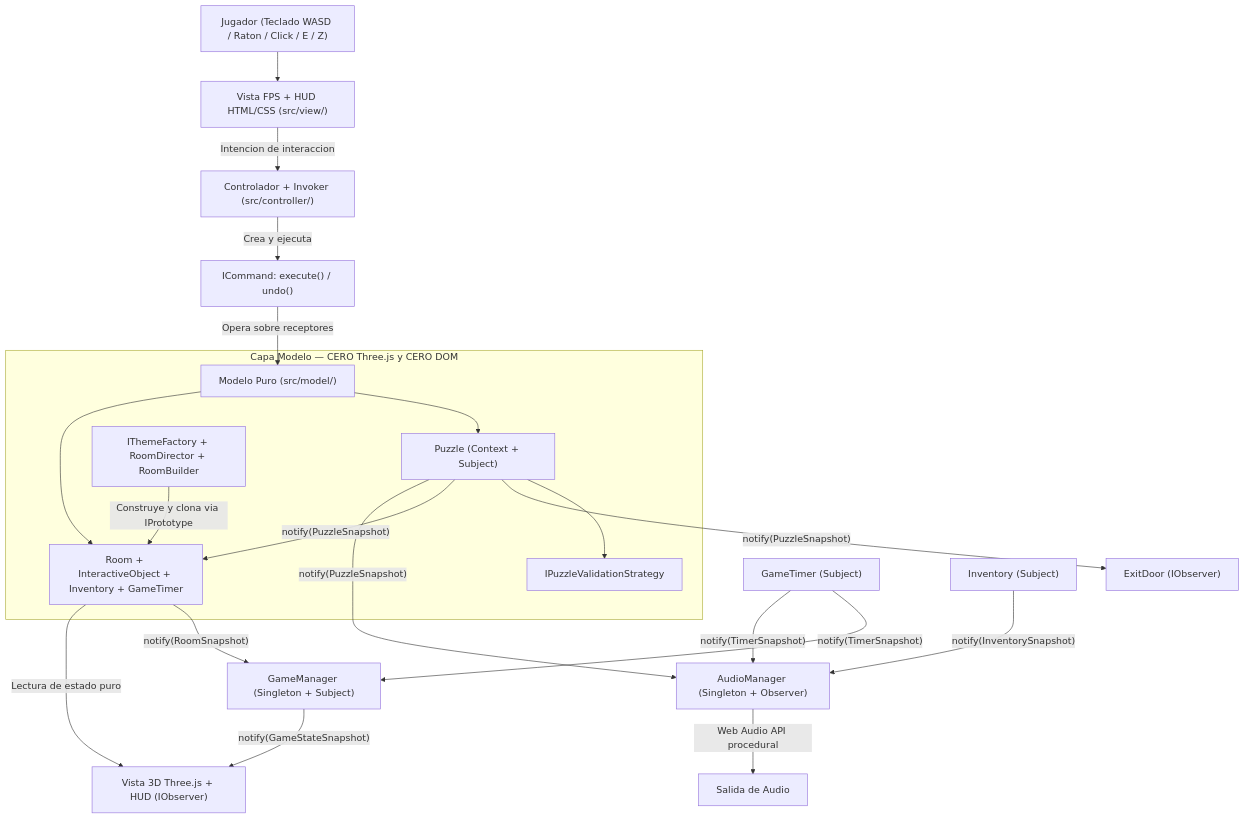
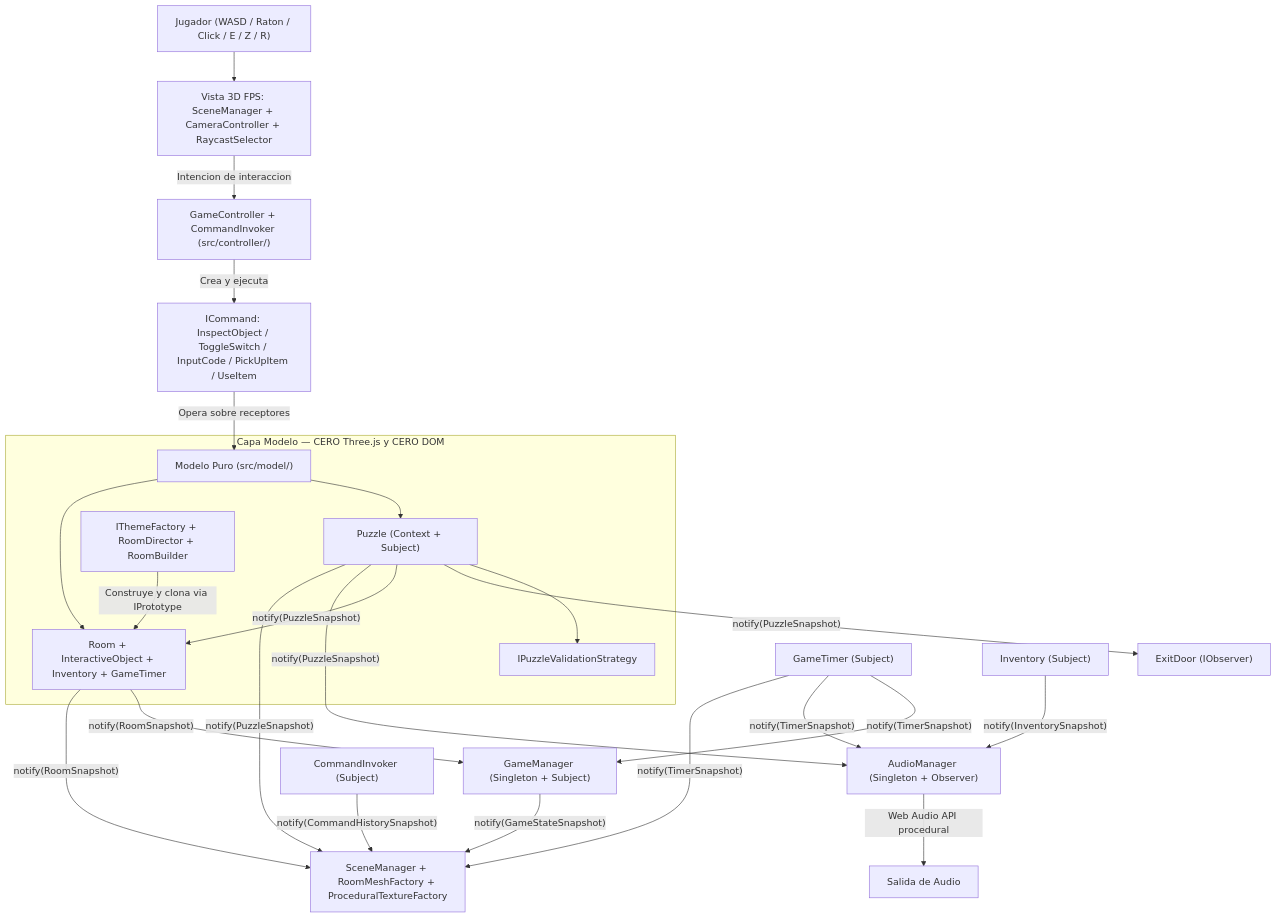
One commit to Pol-Codificador/escapate-3d-to changed the first of 3 diagrams in docs/ARCHITECTURE.md. Above: the diagram before and after it, drawn with Mermaid. The commit also changed other lines of this file and 10 other files, not shown here.

Commit message:
feat: implementar Fase 2 con Patron Command, Controlador MVC y escena 3D FPS en Three.js

````diff
--- a/docs/ARCHITECTURE.md
+++ b/docs/ARCHITECTURE.md
@@ -41,26 +41,29 @@
 ```mermaid
 flowchart TD
-    Player["Jugador (Teclado WASD / Raton / Click / E / Z)"] --> ViewInput["Vista FPS + HUD HTML/CSS (src/view/)"]
-    ViewInput -->|"Intencion de interaccion"| Controller["Controlador + Invoker (src/controller/)"]
-    Controller -->|"Crea y ejecuta"| Command["ICommand: execute() / undo()"]
+    Player["Jugador (WASD / Raton / Click / E / Z / R)"] --> ViewInput["Vista 3D FPS: SceneManager + CameraController + RaycastSelector"]
+    ViewInput -->|"Intencion de interaccion"| Controller["GameController + CommandInvoker (src/controller/)"]
+    Controller -->|"Crea y ejecuta"| Command["ICommand: InspectObject / ToggleSwitch / InputCode / PickUpItem / UseItem"]
     Command -->|"Opera sobre receptores"| ModelDomain["Modelo Puro (src/model/)"]
 
     subgraph ModelLayer["Capa Modelo — CERO Three.js y CERO DOM"]
         ModelDomain --> Puzzle["Puzzle (Context + Subject)"]
         Puzzle --> Strategy["IPuzzleValidationStrategy"]
         ModelDomain --> Room["Room + InteractiveObject + Inventory + GameTimer"]
         Factories["IThemeFactory + RoomDirector + RoomBuilder"] -->|"Construye y clona via IPrototype"| Room
     end
 
     Puzzle -->|"notify(PuzzleSnapshot)"| ExitDoor["ExitDoor (IObserver)"]
     Puzzle -->|"notify(PuzzleSnapshot)"| Room
     Room -->|"notify(RoomSnapshot)"| GameManager["GameManager (Singleton + Subject)"]
     Timer["GameTimer (Subject)"] -->|"notify(TimerSnapshot)"| GameManager
     Timer -->|"notify(TimerSnapshot)"| AudioManager["AudioManager (Singleton + Observer)"]
     Puzzle -->|"notify(PuzzleSnapshot)"| AudioManager
     Inventory["Inventory (Subject)"] -->|"notify(InventorySnapshot)"| AudioManager
 
-    GameManager -->|"notify(GameStateSnapshot)"| ViewRender["Vista 3D Three.js + HUD (IObserver)"]
-    Room -->|"Lectura de estado puro"| ViewRender
+    GameManager -->|"notify(GameStateSnapshot)"| ViewRender["SceneManager + RoomMeshFactory + ProceduralTextureFactory"]
+    Puzzle -->|"notify(PuzzleSnapshot)"| ViewRender
+    Room -->|"notify(RoomSnapshot)"| ViewRender
+    Timer -->|"notify(TimerSnapshot)"| ViewRender
+    CommandInvoker["CommandInvoker (Subject)"] -->|"notify(CommandHistorySnapshot)"| ViewRender
     AudioManager -->|"Web Audio API procedural"| SoundOut["Salida de Audio"]
 ```
````
